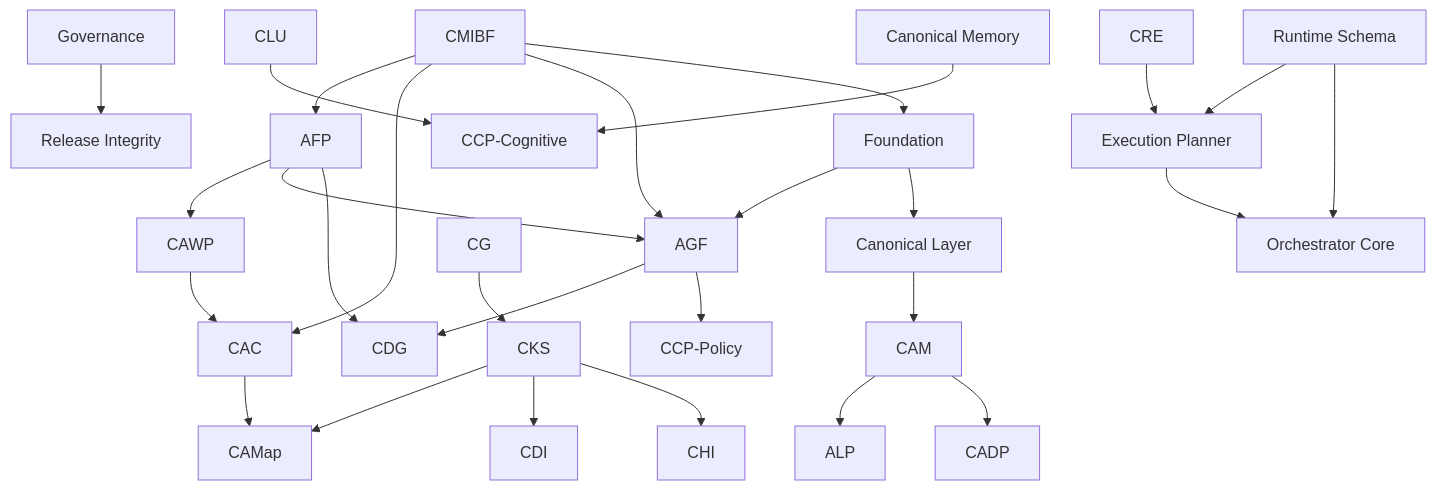
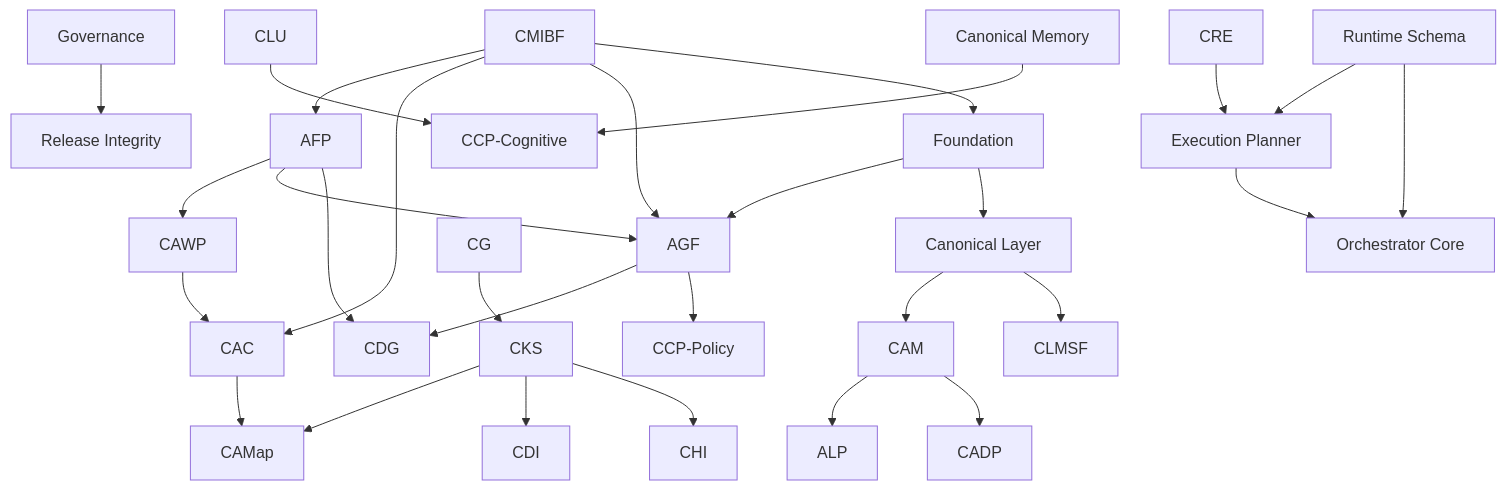
One commit to raphaelmariaschatz-jpg/projekt-kontinuum changed the diagram in 14_documents/CANONICAL_ARCHITECTURE_MAP_1_0.md. Above: the diagram before and after it, drawn with Mermaid. The commit also changed other lines of this file and 3 other files, not shown here.

Commit message:
Add CLMSF 1.0 architecture framework

```diff
--- a/14_documents/CANONICAL_ARCHITECTURE_MAP_1_0.md
+++ b/14_documents/CANONICAL_ARCHITECTURE_MAP_1_0.md
@@ -16,30 +16,31 @@
 ~~~mermaid
 flowchart TD
   CMIBF --> AFP
   AFP --> CAWP
   CAWP --> CAC
   CMIBF --> CAC
   CMIBF --> AGF
   CMIBF --> Foundation
   AFP --> AGF
   AFP --> CDG
   CAC --> CAMap
   Foundation --> AGF
   Foundation --> CanonicalLayer[Canonical Layer]
   AGF --> CDG
   AGF --> CCPPolicy[CCP-Policy]
   CanonicalLayer --> CAM
+  CanonicalLayer --> CLMSF
   CAM --> ALP
   CAM --> CADP
   Governance --> ReleaseIntegrity[Release Integrity]
   CG --> CKS
   CKS --> CAMap
   CKS --> CDI
   CKS --> CHI
   CLU --> CCPCognitive[CCP-Cognitive]
   CRE --> ExecutionPlanner[Execution Planner]
   ExecutionPlanner --> OrchestratorCore[Orchestrator Core]
   RuntimeSchema[Runtime Schema] --> ExecutionPlanner
   RuntimeSchema --> OrchestratorCore
   CanonicalMemory[Canonical Memory] --> CCPCognitive
 ~~~
```
